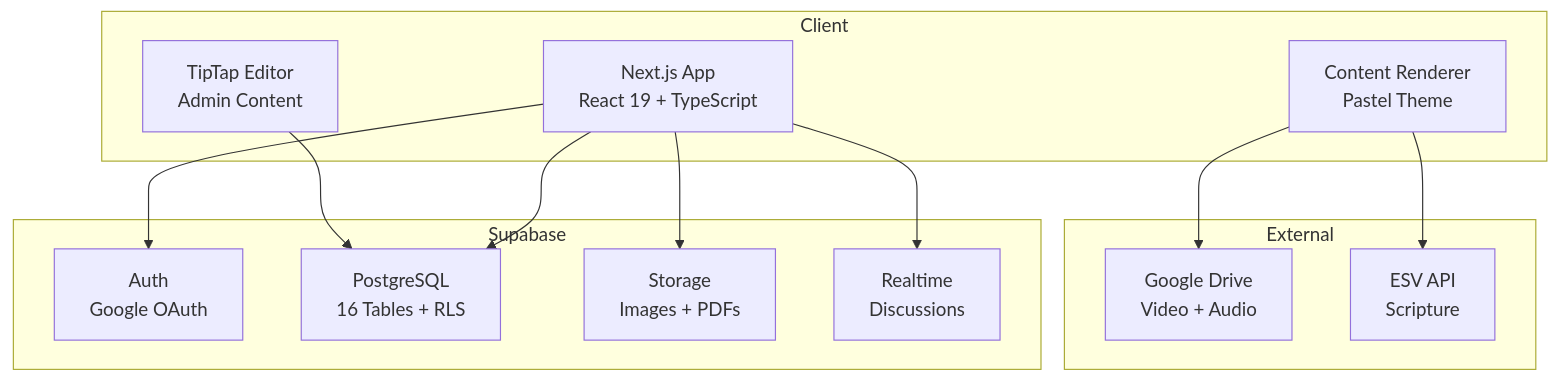
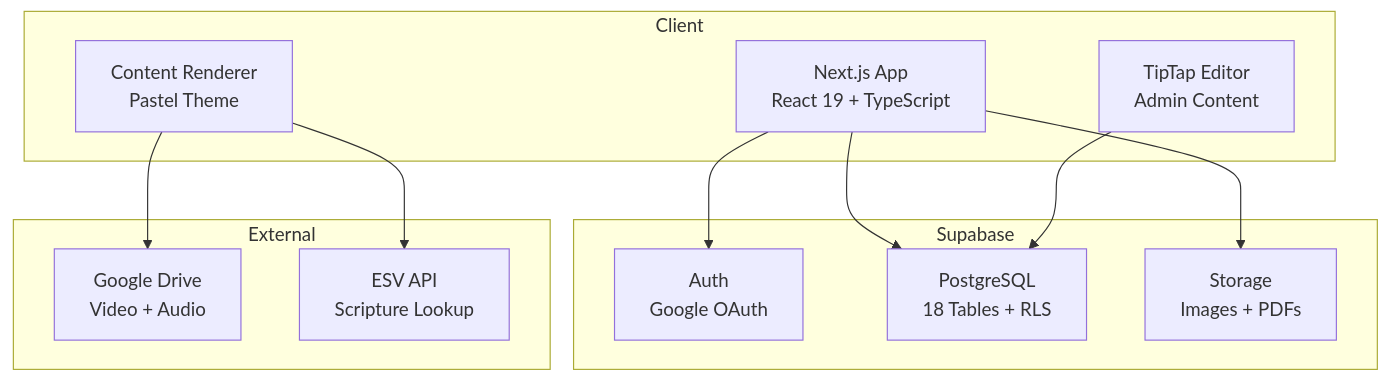
The first of 3 diagrams in README.md (jpurusho/bible-study), drawn with Mermaid before and after one commit. The commit also changed other lines of this file and 2 other files, not shown here.

````diff
--- a/README.md
+++ b/README.md
@@ -15,28 +21,26 @@
 ```mermaid
 graph TB
     subgraph Client
         A[Next.js App<br/>React 19 + TypeScript]
         B[TipTap Editor<br/>Admin Content]
         C[Content Renderer<br/>Pastel Theme]
     end
 
     subgraph Supabase
         D[Auth<br/>Google OAuth]
-        E[PostgreSQL<br/>16 Tables + RLS]
+        E[PostgreSQL<br/>18 Tables + RLS]
         F[Storage<br/>Images + PDFs]
-        G[Realtime<br/>Discussions]
     end
 
     subgraph External
         H[Google Drive<br/>Video + Audio]
-        I[ESV API<br/>Scripture]
+        I[ESV API<br/>Scripture Lookup]
     end
 
     A --> D
     A --> E
     A --> F
-    A --> G
     B --> E
     C --> H
     C --> I
 ```
````
